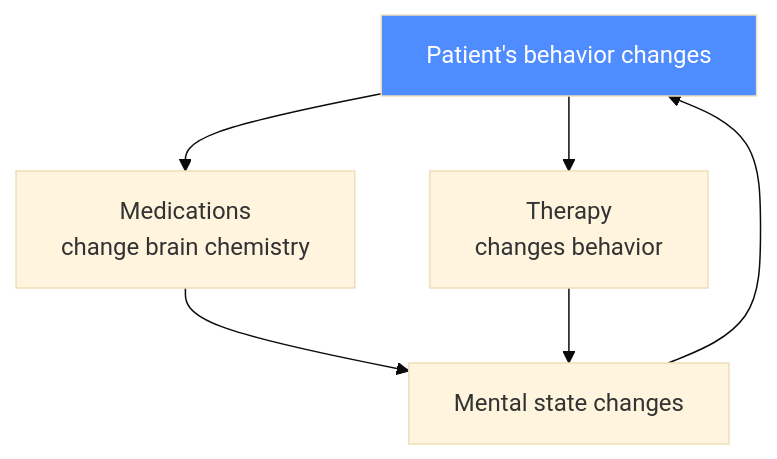
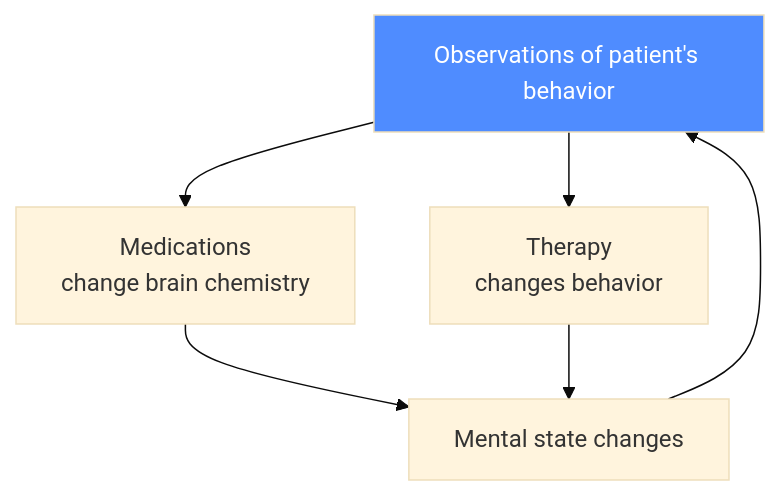
One commit to dominik-mukrecki/presentations changed the second of 3 diagrams in 250528-madrid.md. Above: the diagram before and after it, drawn with Mermaid (base theme).

````diff
--- a/250528-madrid.md
+++ b/250528-madrid.md
@@ -234,22 +234,22 @@
 ```mermaid {scale: 1.3}
 flowchart TD
-    A2[Patient's behavior changes]:::blue
+    A2[Observations of patient's behavior]:::blue
 
     B1[Medications<br>change brain chemistry]
     B2[Therapy<br>changes behavior]
     C[Mental state changes]
 
     %% Flows from patient outputs to interventions
     A2 --> B1
     A2 --> B2
 
     %% Interventions converge at mental state
     B1 --> C
     B2 --> C
 
     %% Mental state outputs
     C --> A2
 
     classDef orange fill:#FFA500,color:#fff;
     classDef blue fill:#4f8cff,color:#fff;
 ```
````
